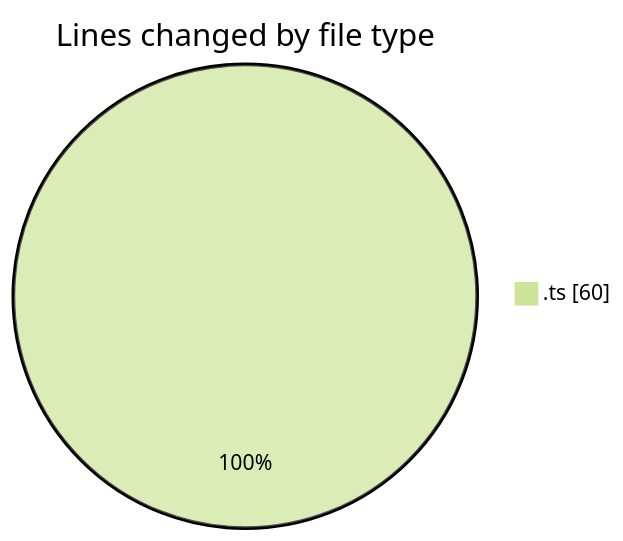
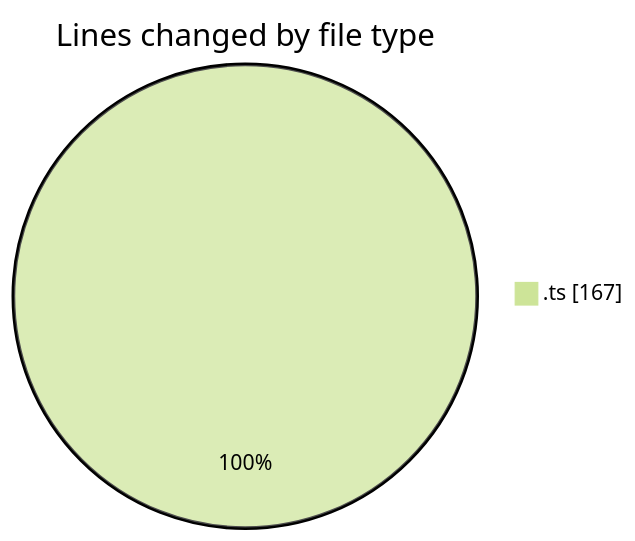
Before and after one commit to julien-gomy/code-tracking: the first of 2 diagrams in 2025-11-13/eventscop-frontend-guide__workspace_/README.md, drawn with Mermaid (forest theme). The commit also changed other lines of this file and 1 other file, not shown here.

````diff
--- a/2025-11-13/eventscop-frontend-guide__workspace_/README.md
+++ b/2025-11-13/eventscop-frontend-guide__workspace_/README.md
@@ -20,5 +21,5 @@
 ```mermaid
 pie showData
 title Lines changed by file type
-".ts" : 60
+".ts" : 167
 ```
````
